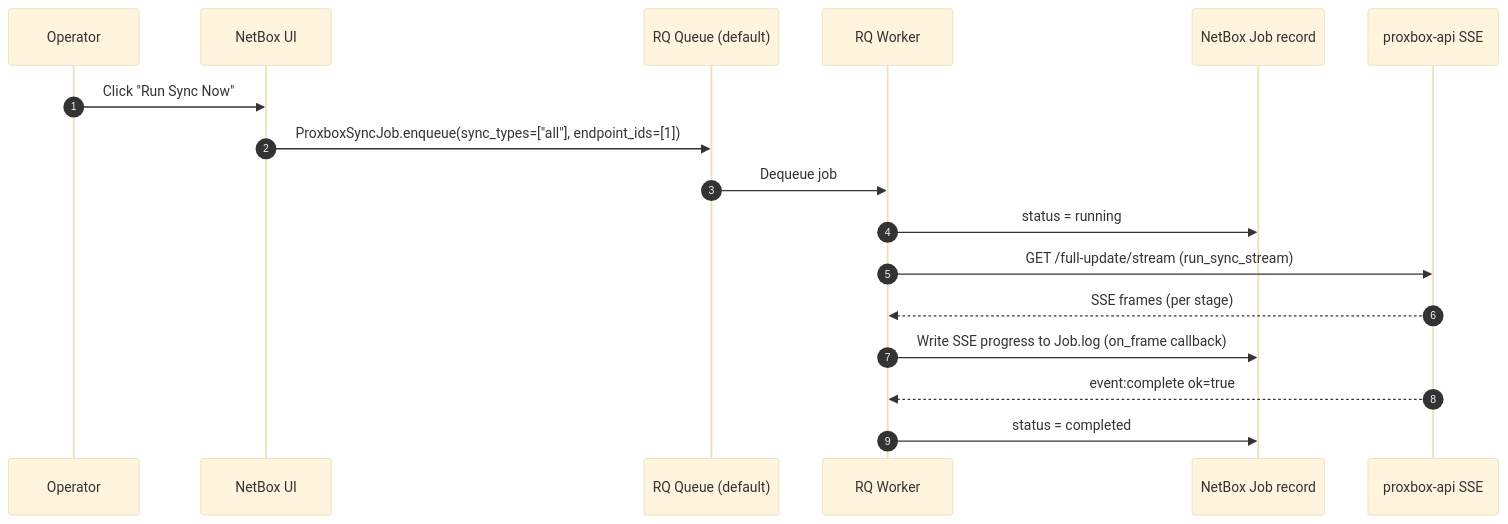
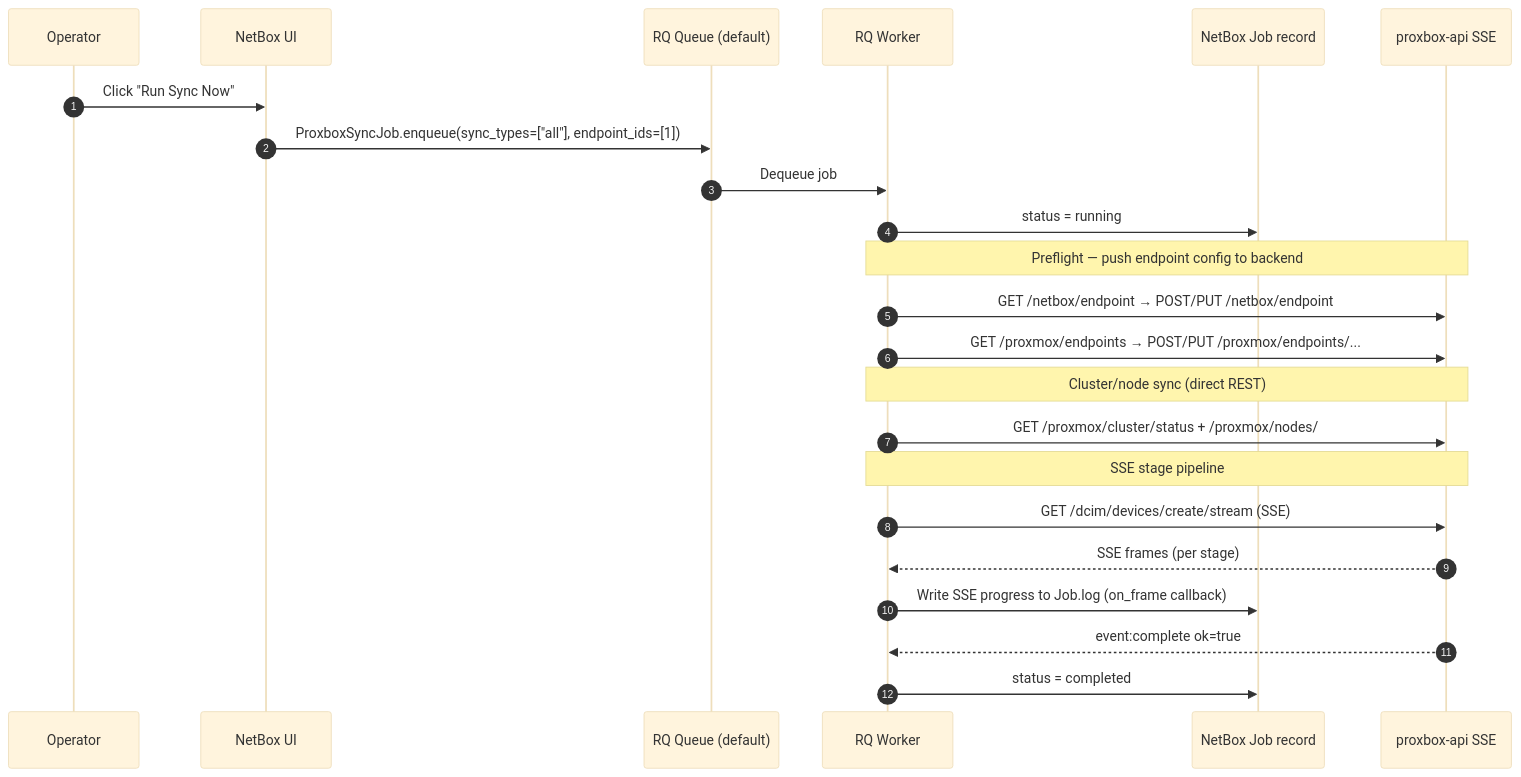
Before and after one commit to emersonfelipesp/netbox-proxbox: the second of 2 diagrams in docs/developer/backend-integration.md, drawn with Mermaid (base theme). The commit also changed other lines of this file and 8 other files, not shown here.

First line of the commit message:
feat: auto-sync endpoint config to proxbox-api before every sync job

````diff
--- a/docs/developer/backend-integration.md
+++ b/docs/developer/backend-integration.md
@@ -138,20 +145,29 @@
 ```mermaid
 sequenceDiagram
     autonumber
     participant Operator
     participant NB as NetBox UI
     participant RQ_Q as RQ Queue (default)
     participant RQ_W as RQ Worker
     participant Job as NetBox Job record
     participant API as proxbox-api SSE
 
     Operator->>NB: Click "Run Sync Now"
     NB->>RQ_Q: ProxboxSyncJob.enqueue(sync_types=["all"], endpoint_ids=[1])
     RQ_Q->>RQ_W: Dequeue job
     RQ_W->>Job: status = running
-    RQ_W->>API: GET /full-update/stream (run_sync_stream)
+
+    Note over RQ_W,API: Preflight — push endpoint config to backend
+    RQ_W->>API: GET /netbox/endpoint → POST/PUT /netbox/endpoint
+    RQ_W->>API: GET /proxmox/endpoints → POST/PUT /proxmox/endpoints/...
+
+    Note over RQ_W,API: Cluster/node sync (direct REST)
+    RQ_W->>API: GET /proxmox/cluster/status + /proxmox/nodes/
+
+    Note over RQ_W,API: SSE stage pipeline
+    RQ_W->>API: GET /dcim/devices/create/stream (SSE)
     API-->>RQ_W: SSE frames (per stage)
     RQ_W->>Job: Write SSE progress to Job.log (on_frame callback)
     API-->>RQ_W: event:complete ok=true
     RQ_W->>Job: status = completed
 ```
````
